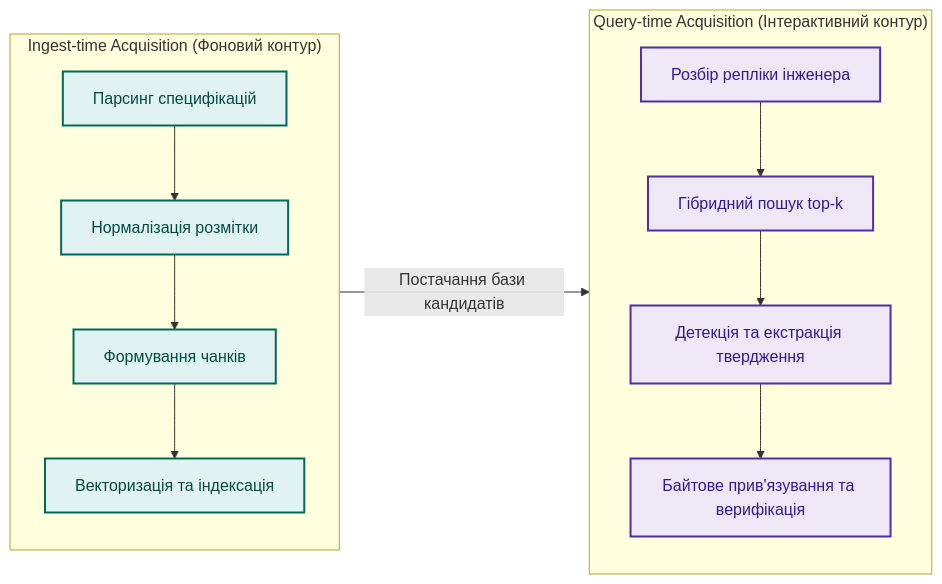
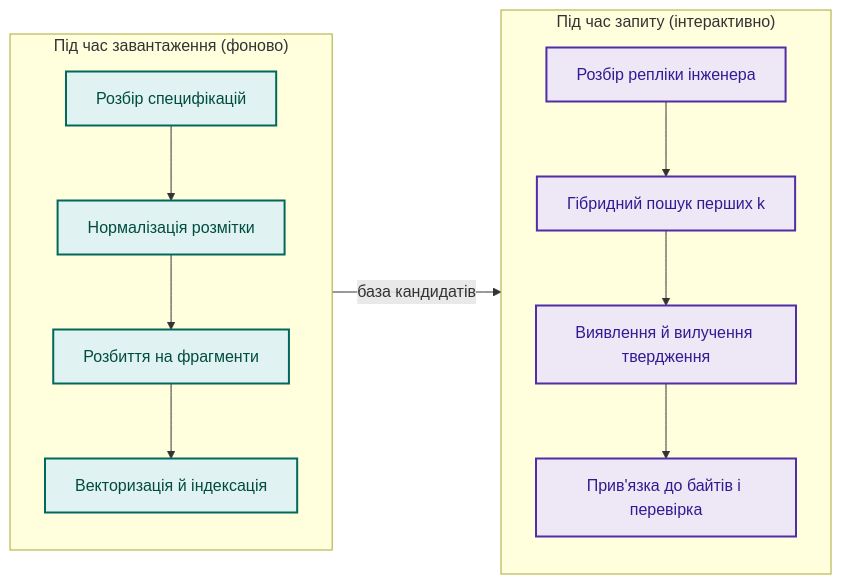
Before and after one commit to nick-fedchik/articles: the second of 7 diagrams in ExpertSystem/ch19-from-question-to-evidence.md, drawn with Mermaid. The commit also changed other lines of this file, not shown here.

````diff
--- a/ExpertSystem/ch19-from-question-to-evidence.md
+++ b/ExpertSystem/ch19-from-question-to-evidence.md
@@ -108,27 +104,27 @@
 ```mermaid
 flowchart LR
-    accTitle: Два контури здобуття знань в експертній системі
-    accDescr: Порівняння фонового контуру підготовки документів (Ingest-time) та інтерактивного контуру екстракції фактів (Query-time).
+    accTitle: Два часові режими здобуття знань
+    accDescr: Фонове здобуття під час завантаження документів готує фрагменти й індекси, а здобуття під час запиту вилучає й перевіряє конкретне твердження.
 
-    subgraph IngestTime["Ingest-time Acquisition (Фоновий контур)"]
+    subgraph IngestTime["Під час завантаження (фоново)"]
         direction TB
-        I1["Парсинг специфікацій"] --> I2["Нормалізація розмітки"]
-        I2 --> I3["Формування чанків"]
-        I3 --> I4["Векторизація та індексація"]
+        I1["Розбір специфікацій"] --> I2["Нормалізація розмітки"]
+        I2 --> I3["Розбиття на фрагменти"]
+        I3 --> I4["Векторизація й індексація"]
     end
 
-    subgraph QueryTime["Query-time Acquisition (Інтерактивний контур)"]
+    subgraph QueryTime["Під час запиту (інтерактивно)"]
         direction TB
-        Q1["Розбір репліки інженера"] --> Q2["Гібридний пошук top-k"]
-        Q2 --> Q3["Детекція та екстракція твердження"]
-        Q3 --> Q4["Байтове прив'язування та верифікація"]
+        Q1["Розбір репліки інженера"] --> Q2["Гібридний пошук перших k"]
+        Q2 --> Q3["Виявлення й вилучення твердження"]
+        Q3 --> Q4["Прив'язка до байтів і перевірка"]
     end
 
-    IngestTime -->|"Постачання бази кандидатів"| QueryTime
+    IngestTime -->|"база кандидатів"| QueryTime
 
     classDef ingest fill:#e0f2f1,stroke:#00695c,stroke-width:2px,color:#004d40;
     classDef query fill:#ede7f6,stroke:#512da8,stroke-width:2px,color:#311b92;
 
     class I1,I2,I3,I4 ingest;
     class Q1,Q2,Q3,Q4 query;
 ```
````
